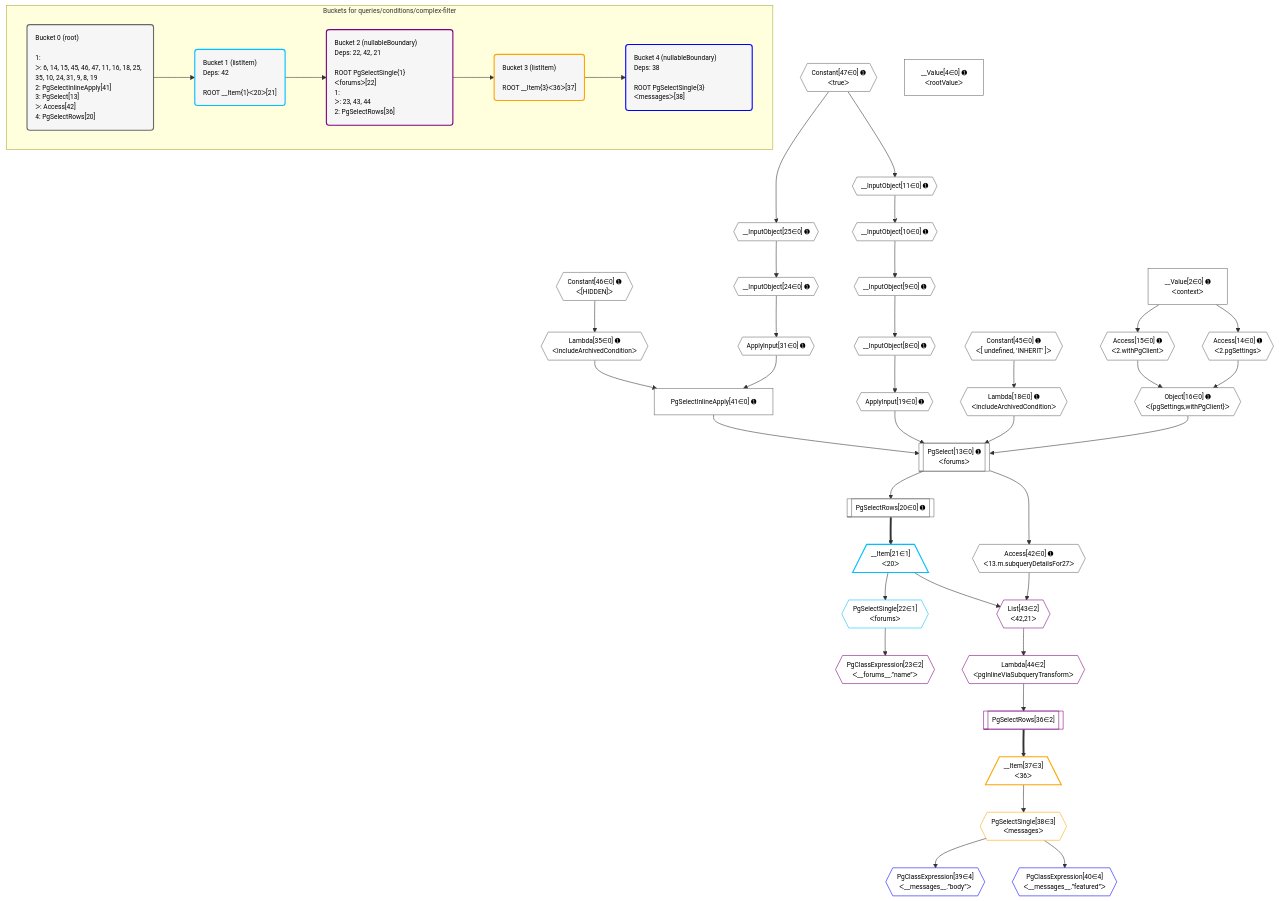
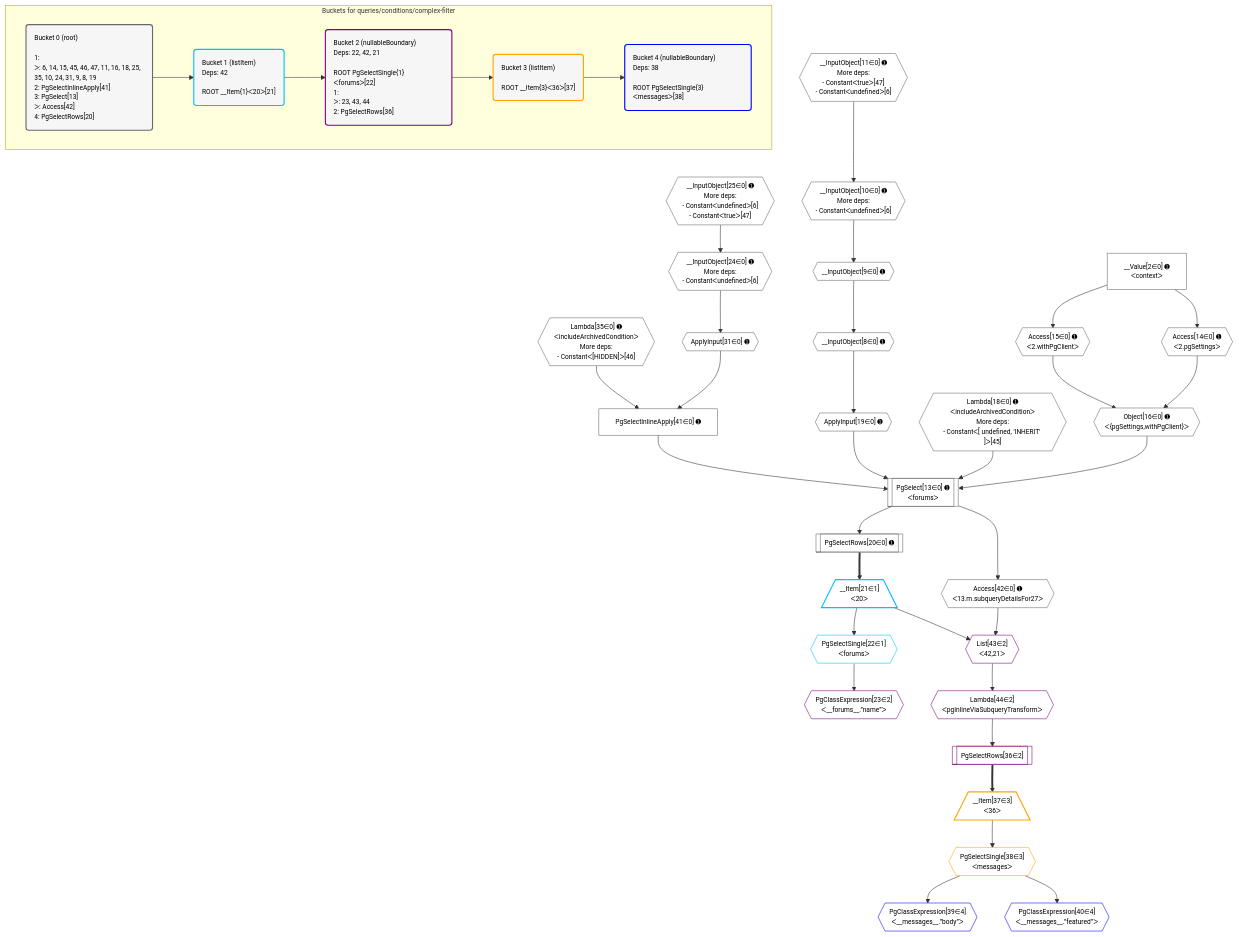
One commit to graphile/crystal changed the diagram in grafast/dataplan-pg/__tests__/queries/conditions/complex-filter.mermaid. Above: the diagram before and after it, drawn with Mermaid. The commit also changed 390 other files, not shown here.

Commit message:
Update plan diagrams

```diff
--- a/grafast/dataplan-pg/__tests__/queries/conditions/complex-filter.mermaid
+++ b/grafast/dataplan-pg/__tests__/queries/conditions/complex-filter.mermaid
@@ -1,93 +1,85 @@
 %%{init: {'themeVariables': { 'fontSize': '12px'}}}%%
 graph TD
     classDef path fill:#eee,stroke:#000,color:#000
     classDef plan fill:#fff,stroke-width:1px,color:#000
     classDef itemplan fill:#fff,stroke-width:2px,color:#000
     classDef unbatchedplan fill:#dff,stroke-width:1px,color:#000
     classDef sideeffectplan fill:#fcc,stroke-width:2px,color:#000
     classDef bucket fill:#f6f6f6,color:#000,stroke-width:2px,text-align:left
 
     subgraph "Buckets for queries/conditions/complex-filter"
     Bucket0("Bucket 0 (root)<br /><br />1: <br />ᐳ: 6, 14, 15, 45, 46, 47, 11, 16, 18, 25, 35, 10, 24, 31, 9, 8, 19<br />2: PgSelectInlineApply[41]<br />3: PgSelect[13]<br />ᐳ: Access[42]<br />4: PgSelectRows[20]"):::bucket
     Bucket1("Bucket 1 (listItem)<br />Deps: 42<br /><br />ROOT __Item{1}ᐸ20ᐳ[21]"):::bucket
     Bucket2("Bucket 2 (nullableBoundary)<br />Deps: 22, 42, 21<br /><br />ROOT PgSelectSingle{1}ᐸforumsᐳ[22]<br />1: <br />ᐳ: 23, 43, 44<br />2: PgSelectRows[36]"):::bucket
     Bucket3("Bucket 3 (listItem)<br /><br />ROOT __Item{3}ᐸ36ᐳ[37]"):::bucket
     Bucket4("Bucket 4 (nullableBoundary)<br />Deps: 38<br /><br />ROOT PgSelectSingle{3}ᐸmessagesᐳ[38]"):::bucket
     end
     Bucket0 --> Bucket1
     Bucket1 --> Bucket2
     Bucket2 --> Bucket3
     Bucket3 --> Bucket4
 
     %% plan dependencies
     PgSelect13[["PgSelect[13∈0] ➊<br />ᐸforumsᐳ"]]:::plan
     Object16{{"Object[16∈0] ➊<br />ᐸ{pgSettings,withPgClient}ᐳ"}}:::plan
-    Lambda18{{"Lambda[18∈0] ➊<br />ᐸincludeArchivedConditionᐳ"}}:::plan
+    Lambda18{{"Lambda[18∈0] ➊<br />ᐸincludeArchivedConditionᐳ<br />More deps:<br />- Constantᐸ[ undefined, 'INHERIT' ]ᐳ[45]"}}:::plan
     ApplyInput19{{"ApplyInput[19∈0] ➊"}}:::plan
     PgSelectInlineApply41["PgSelectInlineApply[41∈0] ➊"]:::plan
     Object16 & Lambda18 & ApplyInput19 & PgSelectInlineApply41 --> PgSelect13
-    __InputObject10{{"__InputObject[10∈0] ➊"}}:::plan
-    __InputObject11{{"__InputObject[11∈0] ➊"}}:::plan
+    __InputObject10{{"__InputObject[10∈0] ➊<br />More deps:<br />- Constantᐸundefinedᐳ[6]"}}:::plan
+    __InputObject11{{"__InputObject[11∈0] ➊<br />More deps:<br />- Constantᐸtrueᐳ[47]<br />- Constantᐸundefinedᐳ[6]"}}:::plan
     __InputObject11 --> __InputObject10
-    Constant47{{"Constant[47∈0] ➊<br />ᐸtrueᐳ"}}:::plan
-    Constant47 --> __InputObject11
     Access14{{"Access[14∈0] ➊<br />ᐸ2.pgSettingsᐳ"}}:::plan
     Access15{{"Access[15∈0] ➊<br />ᐸ2.withPgClientᐳ"}}:::plan
     Access14 & Access15 --> Object16
-    __InputObject24{{"__InputObject[24∈0] ➊"}}:::plan
-    __InputObject25{{"__InputObject[25∈0] ➊"}}:::plan
+    __InputObject24{{"__InputObject[24∈0] ➊<br />More deps:<br />- Constantᐸundefinedᐳ[6]"}}:::plan
+    __InputObject25{{"__InputObject[25∈0] ➊<br />More deps:<br />- Constantᐸundefinedᐳ[6]<br />- Constantᐸtrueᐳ[47]"}}:::plan
     __InputObject25 --> __InputObject24
-    Constant47 --> __InputObject25
     ApplyInput31{{"ApplyInput[31∈0] ➊"}}:::plan
-    Lambda35{{"Lambda[35∈0] ➊<br />ᐸincludeArchivedConditionᐳ"}}:::plan
+    Lambda35{{"Lambda[35∈0] ➊<br />ᐸincludeArchivedConditionᐳ<br />More deps:<br />- Constantᐸ[HIDDEN]ᐳ[46]"}}:::plan
     ApplyInput31 & Lambda35 --> PgSelectInlineApply41
     __InputObject8{{"__InputObject[8∈0] ➊"}}:::plan
     __InputObject9{{"__InputObject[9∈0] ➊"}}:::plan
     __InputObject9 --> __InputObject8
     __InputObject10 --> __InputObject9
     __Value2["__Value[2∈0] ➊<br />ᐸcontextᐳ"]:::plan
     __Value2 --> Access14
     __Value2 --> Access15
-    Constant45{{"Constant[45∈0] ➊<br />ᐸ[ undefined, 'INHERIT' ]ᐳ"}}:::plan
-    Constant45 --> Lambda18
     __InputObject8 --> ApplyInput19
     PgSelectRows20[["PgSelectRows[20∈0] ➊"]]:::plan
     PgSelect13 --> PgSelectRows20
     __InputObject24 --> ApplyInput31
-    Constant46{{"Constant[46∈0] ➊<br />ᐸ[HIDDEN]ᐳ"}}:::plan
-    Constant46 --> Lambda35
     Access42{{"Access[42∈0] ➊<br />ᐸ13.m.subqueryDetailsFor27ᐳ"}}:::plan
     PgSelect13 --> Access42
-    __Value4["__Value[4∈0] ➊<br />ᐸrootValueᐳ"]:::plan
     __Item21[/"__Item[21∈1]<br />ᐸ20ᐳ"\]:::itemplan
     PgSelectRows20 ==> __Item21
     PgSelectSingle22{{"PgSelectSingle[22∈1]<br />ᐸforumsᐳ"}}:::plan
     __Item21 --> PgSelectSingle22
     List43{{"List[43∈2]<br />ᐸ42,21ᐳ"}}:::plan
     Access42 & __Item21 --> List43
     PgClassExpression23{{"PgClassExpression[23∈2]<br />ᐸ__forums__.”name”ᐳ"}}:::plan
     PgSelectSingle22 --> PgClassExpression23
     PgSelectRows36[["PgSelectRows[36∈2]"]]:::plan
     Lambda44{{"Lambda[44∈2]<br />ᐸpgInlineViaSubqueryTransformᐳ"}}:::plan
     Lambda44 --> PgSelectRows36
     List43 --> Lambda44
     __Item37[/"__Item[37∈3]<br />ᐸ36ᐳ"\]:::itemplan
     PgSelectRows36 ==> __Item37
     PgSelectSingle38{{"PgSelectSingle[38∈3]<br />ᐸmessagesᐳ"}}:::plan
     __Item37 --> PgSelectSingle38
     PgClassExpression39{{"PgClassExpression[39∈4]<br />ᐸ__messages__.”body”ᐳ"}}:::plan
     PgSelectSingle38 --> PgClassExpression39
     PgClassExpression40{{"PgClassExpression[40∈4]<br />ᐸ__messages__.”featured”ᐳ"}}:::plan
     PgSelectSingle38 --> PgClassExpression40
 
     %% define steps
     classDef bucket0 stroke:#696969
-    class Bucket0,__Value2,__Value4,__InputObject8,__InputObject9,__InputObject10,__InputObject11,PgSelect13,Access14,Access15,Object16,Lambda18,ApplyInput19,PgSelectRows20,__InputObject24,__InputObject25,ApplyInput31,Lambda35,PgSelectInlineApply41,Access42,Constant45,Constant46,Constant47 bucket0
+    class Bucket0,__Value2,__InputObject8,__InputObject9,__InputObject10,__InputObject11,PgSelect13,Access14,Access15,Object16,Lambda18,ApplyInput19,PgSelectRows20,__InputObject24,__InputObject25,ApplyInput31,Lambda35,PgSelectInlineApply41,Access42 bucket0
     classDef bucket1 stroke:#00bfff
     class Bucket1,__Item21,PgSelectSingle22 bucket1
     classDef bucket2 stroke:#7f007f
     class Bucket2,PgClassExpression23,PgSelectRows36,List43,Lambda44 bucket2
     classDef bucket3 stroke:#ffa500
     class Bucket3,__Item37,PgSelectSingle38 bucket3
     classDef bucket4 stroke:#0000ff
     class Bucket4,PgClassExpression39,PgClassExpression40 bucket4
```
